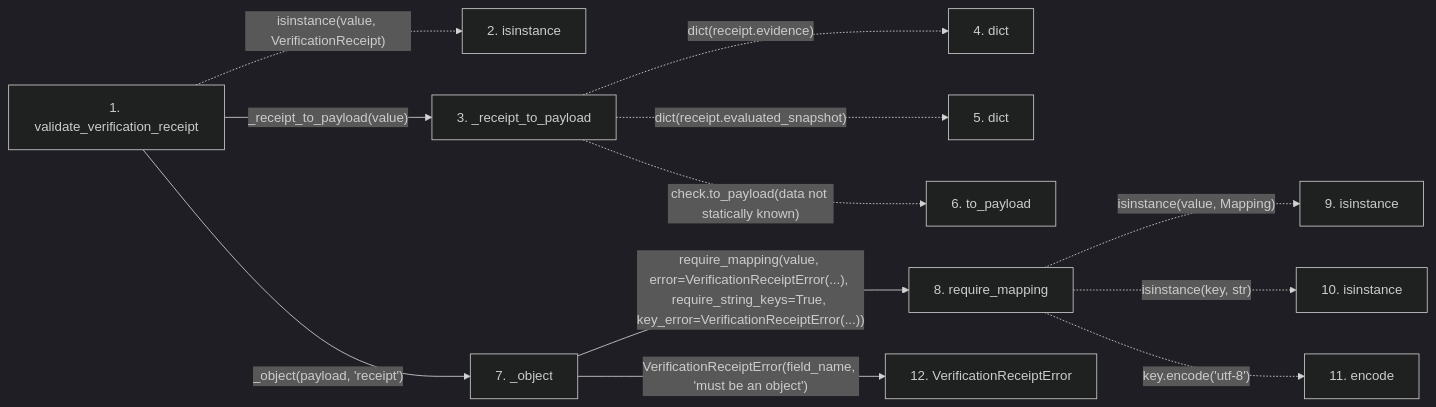
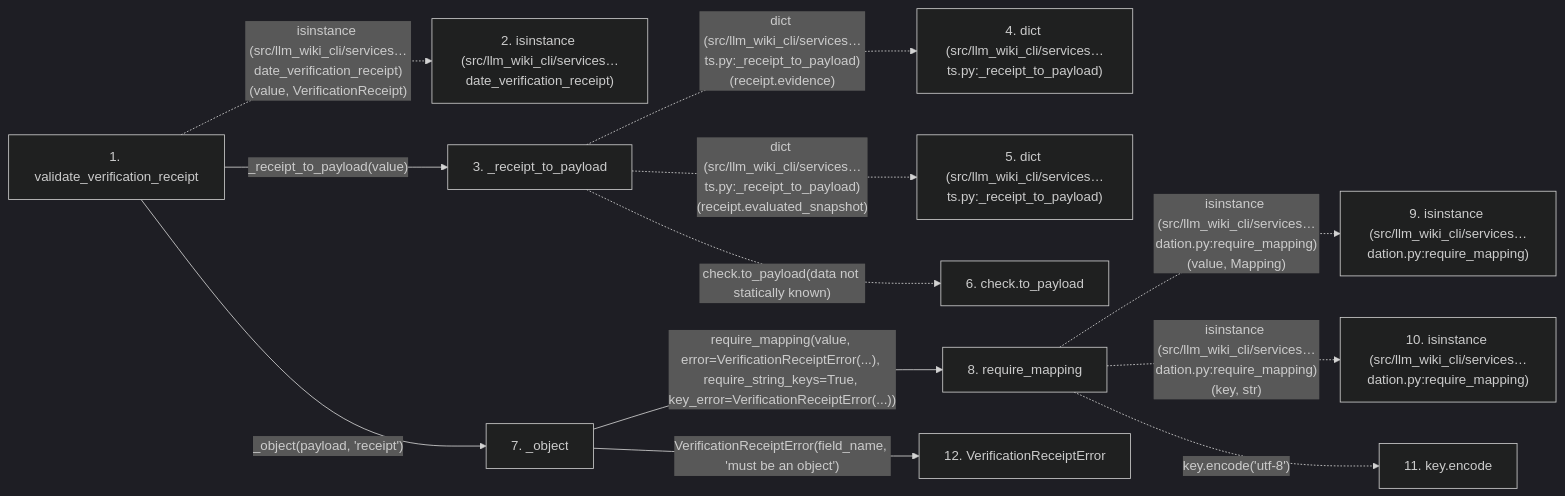
Before and after one commit to Denissvgn/python-wiki-llm: the second of 2 diagrams in docs/llm_wiki/flows/api-validate_verification_receipt.md, drawn with Mermaid (dark theme). The commit also changed other lines of this file and 719 other files, not shown here.

````diff
--- a/docs/llm_wiki/flows/api-validate_verification_receipt.md
+++ b/docs/llm_wiki/flows/api-validate_verification_receipt.md
@@ -67,31 +70,31 @@
 ```mermaid
 flowchart LR
     s1["1. validate_verification_receipt"]
-    s2["2. isinstance"]
+    s2["2. isinstance (src/llm_wiki_cli/services…date_verification_receipt)"]
     s3["3. _receipt_to_payload"]
-    s4["4. dict"]
-    s5["5. dict"]
-    s6["6. to_payload"]
+    s4["4. dict (src/llm_wiki_cli/services…ts.py:_receipt_to_payload)"]
+    s5["5. dict (src/llm_wiki_cli/services…ts.py:_receipt_to_payload)"]
+    s6["6. check.to_payload"]
     s7["7. _object"]
     s8["8. require_mapping"]
-    s9["9. isinstance"]
-    s10["10. isinstance"]
-    s11["11. encode"]
+    s9["9. isinstance (src/llm_wiki_cli/services…dation.py:require_mapping)"]
+    s10["10. isinstance (src/llm_wiki_cli/services…dation.py:require_mapping)"]
+    s11["11. key.encode"]
     s12["12. VerificationReceiptError"]
-    s1 -. "isinstance(value, VerificationReceipt)" .-> s2
+    s1 -. "isinstance (src/llm_wiki_cli/services…date_verification_receipt)(value, VerificationReceipt)" .-> s2
     s1 -->|"_receipt_to_payload(value)"| s3
-    s3 -. "dict(receipt.evidence)" .-> s4
-    s3 -. "dict(receipt.evaluated_snapshot)" .-> s5
+    s3 -. "dict (src/llm_wiki_cli/services…ts.py:_receipt_to_payload)(receipt.evidence)" .-> s4
+    s3 -. "dict (src/llm_wiki_cli/services…ts.py:_receipt_to_payload)(receipt.evaluated_snapshot)" .-> s5
     s3 -. "check.to_payload(data not statically known)" .-> s6
     s1 -->|"_object(payload, 'receipt')"| s7
     s7 -->|"require_mapping(value, error=VerificationReceiptError(...), require_string_keys=True, key_error=VerificationReceiptError(...))"| s8
-    s8 -. "isinstance(value, Mapping)" .-> s9
-    s8 -. "isinstance(key, str)" .-> s10
+    s8 -. "isinstance (src/llm_wiki_cli/services…dation.py:require_mapping)(value, Mapping)" .-> s9
+    s8 -. "isinstance (src/llm_wiki_cli/services…dation.py:require_mapping)(key, str)" .-> s10
     s8 -. "key.encode('utf-8')" .-> s11
     s7 -->|"VerificationReceiptError(field_name, 'must be an object')"| s12
     click s1 "../modules/verification_contracts.md"
     click s3 "../modules/verification_contracts.md"
     click s7 "../modules/verification_contracts.md"
     click s8 "../modules/validation.md"
     click s12 "../modules/verification_contracts.md"
 ```
````
